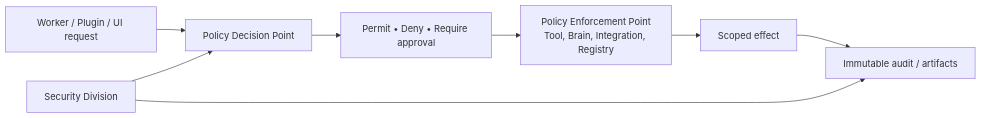
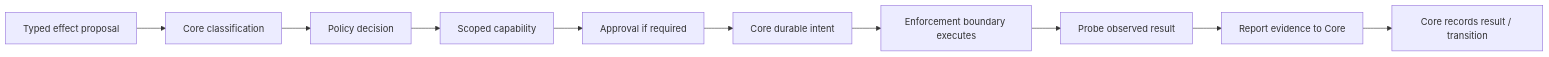
The diagram in docs/14_Security_Architecture.md (wepld/wepld), drawn with Mermaid before and after one commit. The commit also changed other lines of this file and 46 other files, not shown here.

Commit message:
docs: define governed delivery and Hermes intelligence roadmap

```diff
--- a/docs/14_Security_Architecture.md
+++ b/docs/14_Security_Architecture.md
@@ -21,10 +46,12 @@
 ~~~mermaid
 flowchart LR
-  Actor["Worker / Plugin / UI request"] --> PDP["Policy Decision Point"]
-  PDP --> Decision["Permit • Deny • Require approval"]
-  Decision --> PEP["Policy Enforcement Point\nTool, Brain, Integration, Registry"]
-  PEP --> Effect["Scoped effect"]
-  Effect --> Evidence["Immutable audit / artifacts"]
-  Sec["Security Division"] --> PDP
-  Sec --> Evidence
+  P["Typed effect proposal"] --> C["Core classification"]
+  C --> D["Policy decision"]
+  D --> K["Scoped capability"]
+  K --> A["Approval if required"]
+  A --> I["Core durable intent"]
+  I --> E["Enforcement boundary executes"]
+  E --> O["Probe observed result"]
+  O --> R["Report evidence to Core"]
+  R --> T["Core records result / transition"]
 ~~~
```
